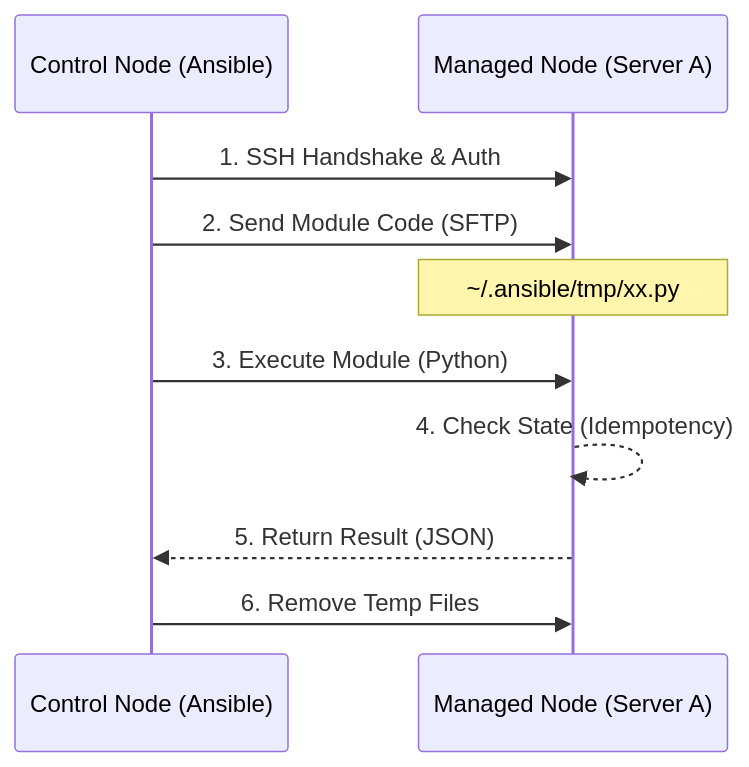
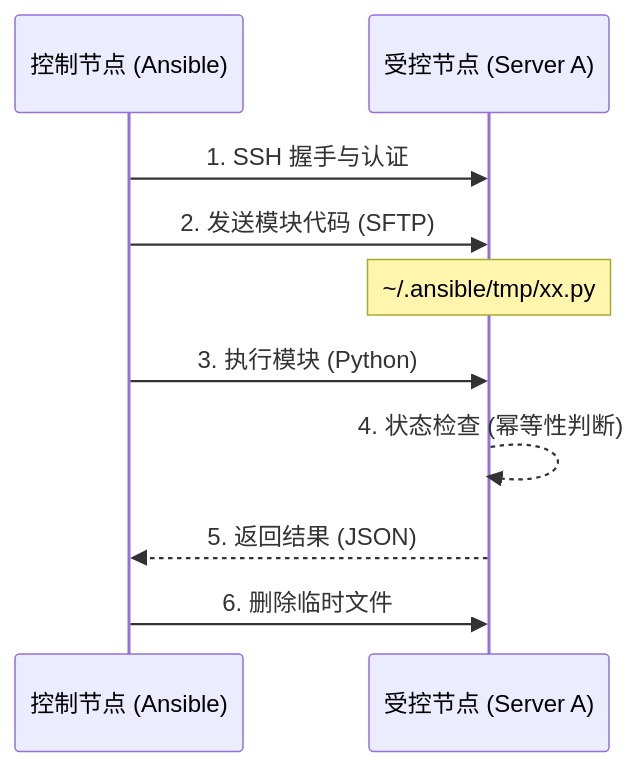
Before and after one commit to BA0GE/ansible-guide: the diagram in docs/01-concepts/index.md, drawn with Mermaid. The commit also changed other lines of this file and 8 other files, not shown here.

````diff
--- a/docs/01-concepts/index.md
+++ b/docs/01-concepts/index.md
@@ -27,13 +27,13 @@
 ```mermaid
 sequenceDiagram
-    participant CN as Control Node (Ansible)
-    participant MN as Managed Node (Server A)
+    participant CN as 控制节点 (Ansible)
+    participant MN as 受控节点 (Server A)
     
-    CN->>MN: 1. SSH Handshake & Auth
-    CN->>MN: 2. Send Module Code (SFTP)
+    CN->>MN: 1. SSH 握手与认证
+    CN->>MN: 2. 发送模块代码 (SFTP)
     Note over MN: ~/.ansible/tmp/xx.py
-    CN->>MN: 3. Execute Module (Python)
-    MN-->>MN: 4. Check State (Idempotency)
-    MN-->>CN: 5. Return Result (JSON)
-    CN->>MN: 6. Remove Temp Files
+    CN->>MN: 3. 执行模块 (Python)
+    MN-->>MN: 4. 状态检查 (幂等性判断)
+    MN-->>CN: 5. 返回结果 (JSON)
+    CN->>MN: 6. 删除临时文件
 ```
````
